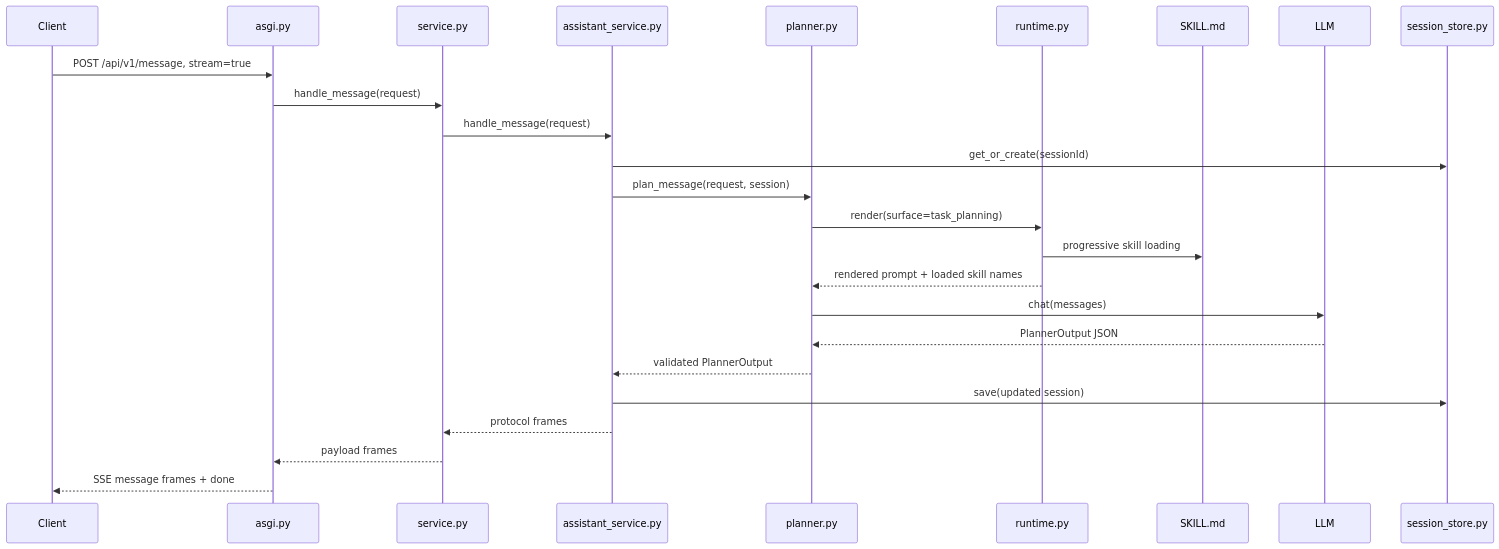
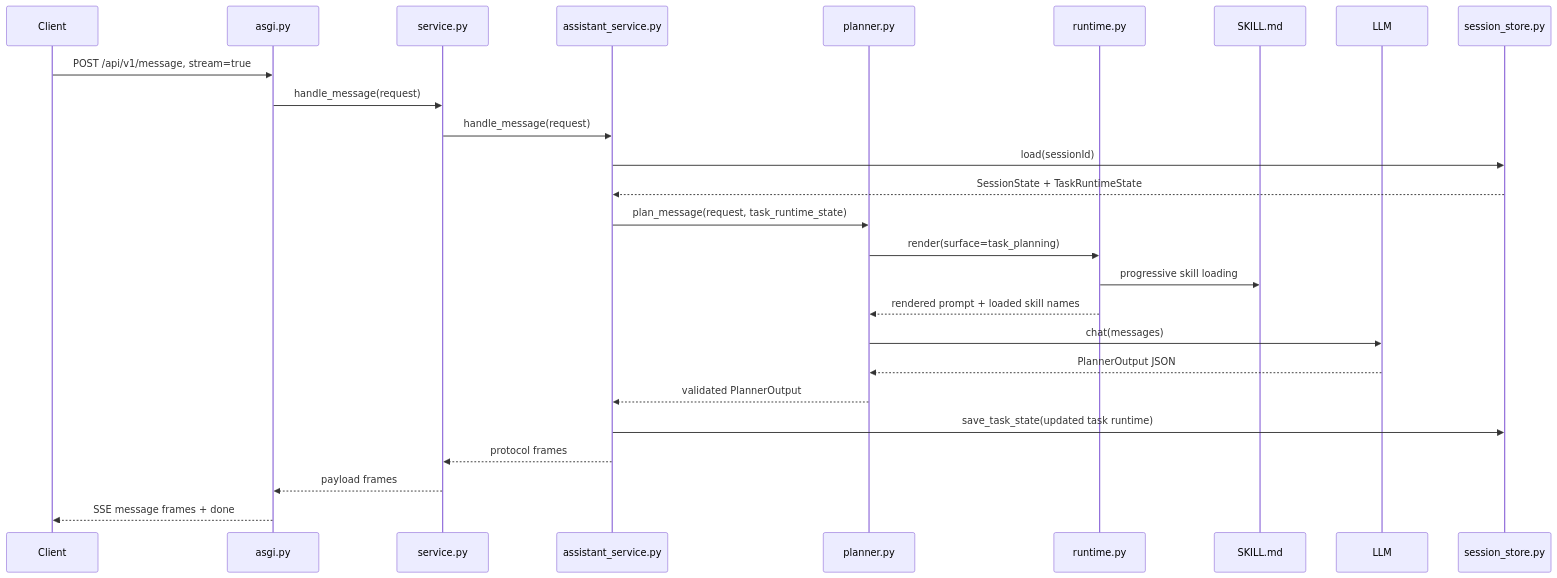
Before and after one commit to GiorgioPeng/intent_router_harness: the second of 4 diagrams in docs/current-service-architecture.md, drawn with Mermaid. The commit also changed other lines of this file and 10 other files, not shown here.

````diff
--- a/docs/current-service-architecture.md
+++ b/docs/current-service-architecture.md
@@ -31,28 +31,29 @@
 ```mermaid
 sequenceDiagram
     participant C as Client
     participant A as asgi.py
     participant S as service.py
     participant AP as assistant_service.py
     participant P as planner.py
     participant R as runtime.py
     participant SK as SKILL.md
     participant L as LLM
     participant SS as session_store.py
 
     C->>A: POST /api/v1/message, stream=true
     A->>S: handle_message(request)
     S->>AP: handle_message(request)
-    AP->>SS: get_or_create(sessionId)
-    AP->>P: plan_message(request, session)
+    AP->>SS: load(sessionId)
+    SS-->>AP: SessionState + TaskRuntimeState
+    AP->>P: plan_message(request, task_runtime_state)
     P->>R: render(surface=task_planning)
     R->>SK: progressive skill loading
     R-->>P: rendered prompt + loaded skill names
     P->>L: chat(messages)
     L-->>P: PlannerOutput JSON
     P-->>AP: validated PlannerOutput
-    AP->>SS: save(updated session)
+    AP->>SS: save_task_state(updated task runtime)
     AP-->>S: protocol frames
     S-->>A: payload frames
     A-->>C: SSE message frames + done
 ```
````
